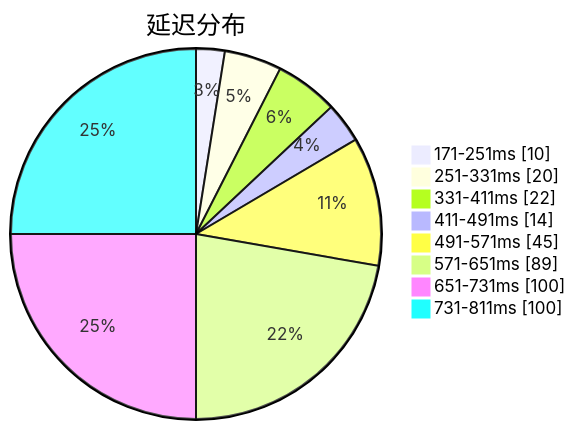
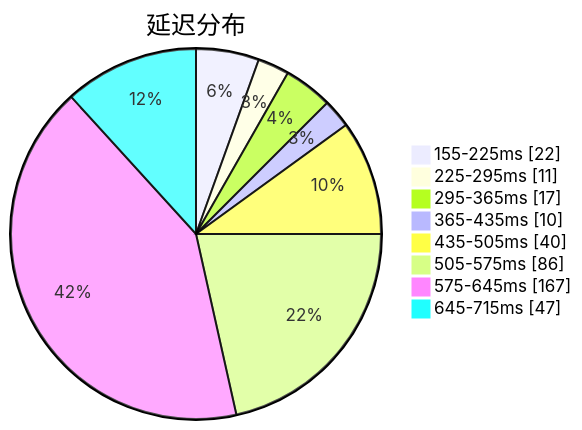
One commit to qjlxg/airport changed the first of 3 diagrams in subs/statistics/tested_within.md. Above: the diagram before and after it, drawn with Mermaid. The commit also changed other lines of this file and 2 other files, not shown here.

Commit message:
Tested by metaST

````diff
--- a/subs/statistics/tested_within.md
+++ b/subs/statistics/tested_within.md
@@ -2,12 +2,12 @@
 ```mermaid
 pie showData
 title 延迟分布
-"171-251ms" : 10
-"251-331ms" : 20
-"331-411ms" : 22
-"411-491ms" : 14
-"491-571ms" : 45
-"571-651ms" : 89
-"651-731ms" : 100
-"731-811ms" : 100
+"155-225ms" : 22
+"225-295ms" : 11
+"295-365ms" : 17
+"365-435ms" : 10
+"435-505ms" : 40
+"505-575ms" : 86
+"575-645ms" : 167
+"645-715ms" : 47
 ```
````
